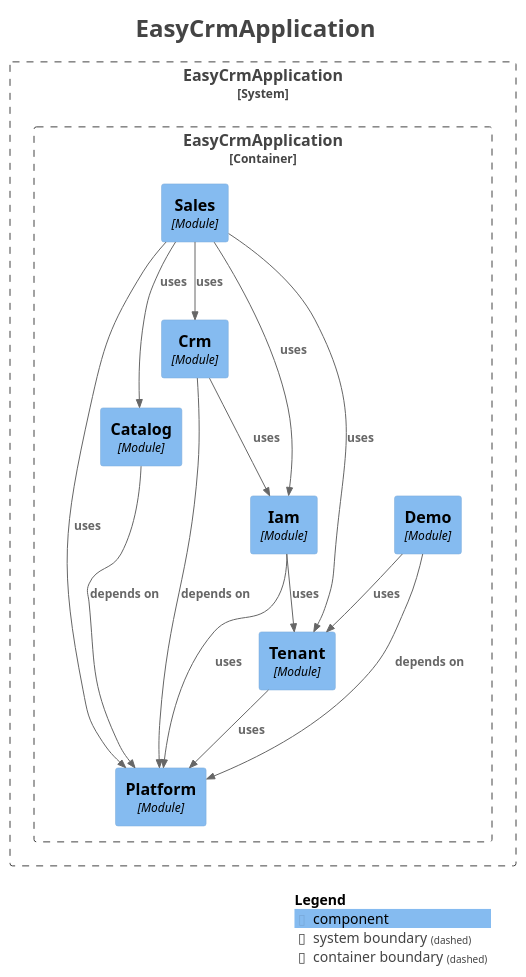
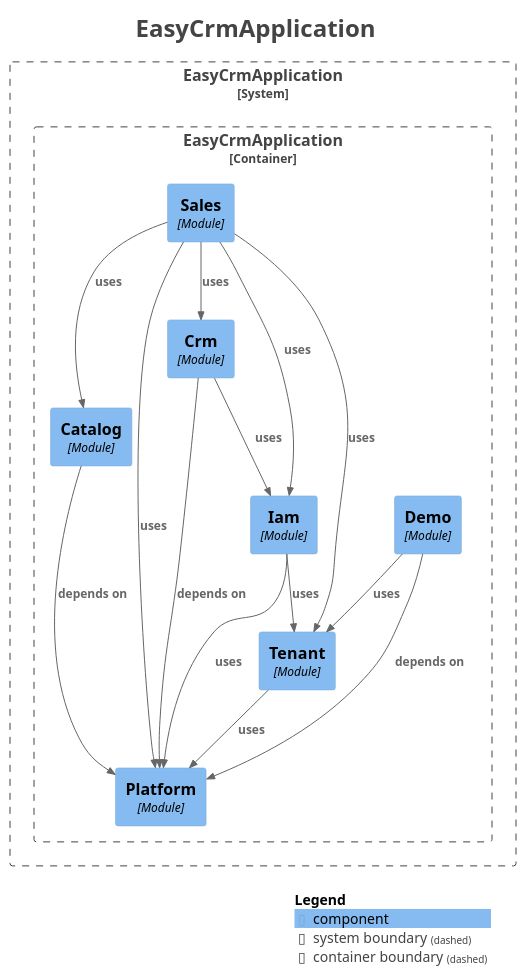
Before and after one commit to divyam-agarwal/eazy-crm: the diagram in docs/architecture/modules/components.puml, drawn with PlantUML. The commit also changed other lines of this file and 16 other files, not shown here.

```diff
--- a/docs/architecture/modules/components.puml
+++ b/docs/architecture/modules/components.puml
@@ -1,47 +1,47 @@
 @startuml
 title <size:24>EasyCrmApplication</size>
 
 set separator none
 top to bottom direction
 
 <style>
   root {
     BackgroundColor: #ffffff
     FontColor: #444444
   }
 </style>
 
 !include <C4/C4>
 !include <C4/C4_Context>
 !include <C4/C4_Component>
 
 System_Boundary("EasyCrmApplication_boundary", "EasyCrmApplication", $tags="") {
   Container_Boundary("EasyCrmApplication.EasyCrmApplication_boundary", "EasyCrmApplication", $tags="") {
-    Component(EasyCrmApplication.EasyCrmApplication.Platform, "Platform", $techn="Module", $descr="", $tags="", $link="")
     Component(EasyCrmApplication.EasyCrmApplication.Catalog, "Catalog", $techn="Module", $descr="", $tags="", $link="")
-    Component(EasyCrmApplication.EasyCrmApplication.Tenant, "Tenant", $techn="Module", $descr="", $tags="", $link="")
+    Component(EasyCrmApplication.EasyCrmApplication.Crm, "Crm", $techn="Module", $descr="", $tags="", $link="")
     Component(EasyCrmApplication.EasyCrmApplication.Demo, "Demo", $techn="Module", $descr="", $tags="", $link="")
     Component(EasyCrmApplication.EasyCrmApplication.Iam, "Iam", $techn="Module", $descr="", $tags="", $link="")
-    Component(EasyCrmApplication.EasyCrmApplication.Crm, "Crm", $techn="Module", $descr="", $tags="", $link="")
+    Component(EasyCrmApplication.EasyCrmApplication.Platform, "Platform", $techn="Module", $descr="", $tags="", $link="")
     Component(EasyCrmApplication.EasyCrmApplication.Sales, "Sales", $techn="Module", $descr="", $tags="", $link="")
+    Component(EasyCrmApplication.EasyCrmApplication.Tenant, "Tenant", $techn="Module", $descr="", $tags="", $link="")
   }
 
 }
 
 Rel(EasyCrmApplication.EasyCrmApplication.Catalog, EasyCrmApplication.EasyCrmApplication.Platform, "depends on", $techn="", $tags="", $link="")
 Rel(EasyCrmApplication.EasyCrmApplication.Crm, EasyCrmApplication.EasyCrmApplication.Iam, "uses", $techn="", $tags="", $link="")
 Rel(EasyCrmApplication.EasyCrmApplication.Crm, EasyCrmApplication.EasyCrmApplication.Platform, "depends on", $techn="", $tags="", $link="")
 Rel(EasyCrmApplication.EasyCrmApplication.Demo, EasyCrmApplication.EasyCrmApplication.Platform, "depends on", $techn="", $tags="", $link="")
 Rel(EasyCrmApplication.EasyCrmApplication.Demo, EasyCrmApplication.EasyCrmApplication.Tenant, "uses", $techn="", $tags="", $link="")
 Rel(EasyCrmApplication.EasyCrmApplication.Iam, EasyCrmApplication.EasyCrmApplication.Platform, "uses", $techn="", $tags="", $link="")
 Rel(EasyCrmApplication.EasyCrmApplication.Iam, EasyCrmApplication.EasyCrmApplication.Tenant, "uses", $techn="", $tags="", $link="")
 Rel(EasyCrmApplication.EasyCrmApplication.Sales, EasyCrmApplication.EasyCrmApplication.Catalog, "uses", $techn="", $tags="", $link="")
 Rel(EasyCrmApplication.EasyCrmApplication.Sales, EasyCrmApplication.EasyCrmApplication.Crm, "uses", $techn="", $tags="", $link="")
 Rel(EasyCrmApplication.EasyCrmApplication.Sales, EasyCrmApplication.EasyCrmApplication.Iam, "uses", $techn="", $tags="", $link="")
 Rel(EasyCrmApplication.EasyCrmApplication.Sales, EasyCrmApplication.EasyCrmApplication.Platform, "uses", $techn="", $tags="", $link="")
 Rel(EasyCrmApplication.EasyCrmApplication.Sales, EasyCrmApplication.EasyCrmApplication.Tenant, "uses", $techn="", $tags="", $link="")
 Rel(EasyCrmApplication.EasyCrmApplication.Tenant, EasyCrmApplication.EasyCrmApplication.Platform, "uses", $techn="", $tags="", $link="")
 
 SHOW_LEGEND(true)
 hide stereotypes
 @enduml
```
